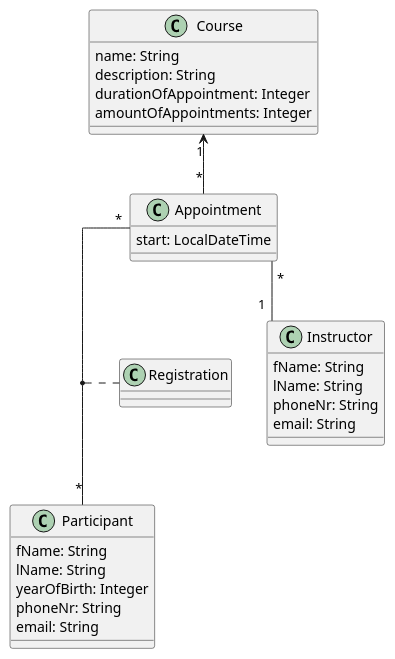
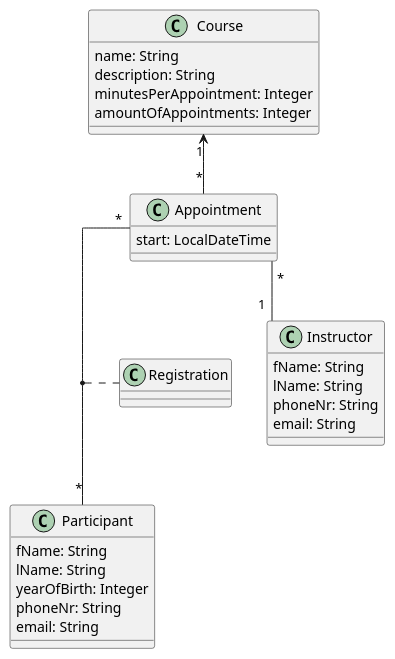
One commit to 2223-3bhif-syp/02-projekte-kurstermine changed the diagram in asciidocs/plantuml/class-diagram.puml. Above: the diagram before and after it, drawn with PlantUML. The commit also changed 3 other files, not shown here.

Commit message:
Fix Mistake in SQL create script and update ERD

```diff
--- a/asciidocs/plantuml/class-diagram.puml
+++ b/asciidocs/plantuml/class-diagram.puml
@@ -1,37 +1,37 @@
 @startuml
 skinparam linetype ortho
 
 class Participant {
     fName: String
     lName: String
     yearOfBirth: Integer
     phoneNr: String
     email: String
 }
 
 class Course {
     name: String
     description: String
-    durationOfAppointment: Integer
+    minutesPerAppointment: Integer
     amountOfAppointments: Integer
 }
 
 class Appointment  {
     start: LocalDateTime
 }
 
 class Instructor {
     fName: String
     lName: String
     phoneNr: String
     email: String
 }
 
 Appointment "*" -- "1" Instructor
 
 Course "1" <-- "*" Appointment
 Appointment "*" -- "*" Participant
 (Appointment,Participant) . Registration
 
 
 @enduml
```
